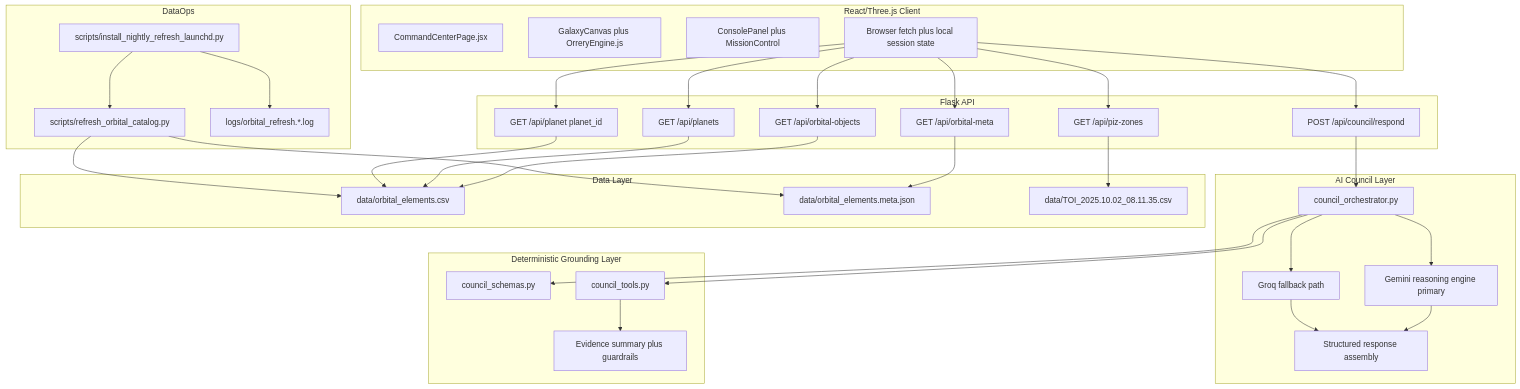
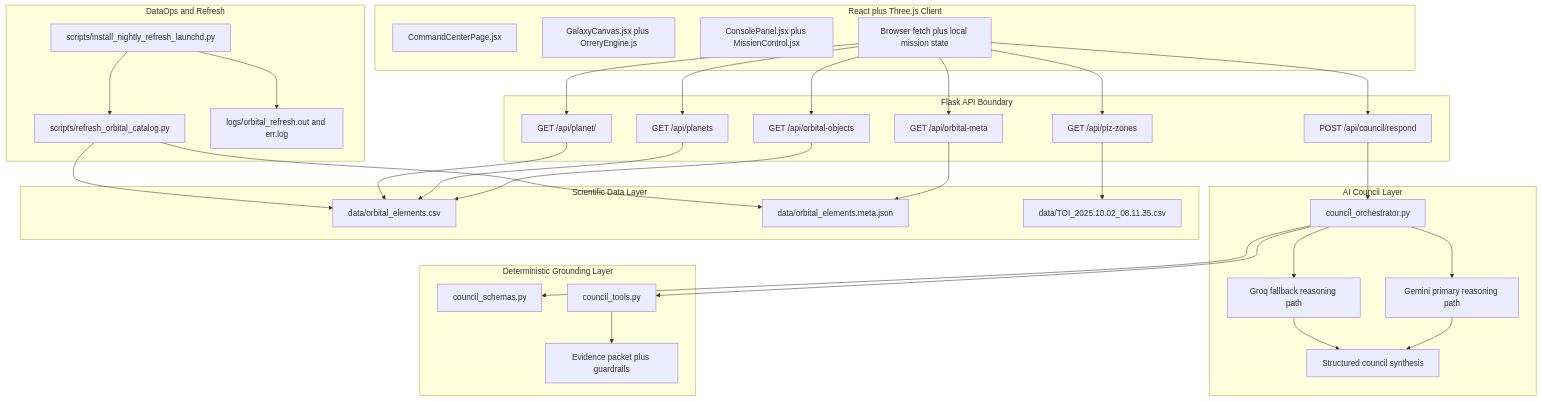
Before and after one commit to Procoderdata/hackathonvodich: the first of 2 diagrams in triet.md/filemoi.md, drawn with Mermaid. The commit also changed other lines of this file and 28 other files, not shown here.

````diff
--- a/triet.md/filemoi.md
+++ b/triet.md/filemoi.md
@@ -14,70 +28,70 @@
 ```mermaid
 flowchart TB
-    subgraph CLIENT[React/Three.js Client]
+    subgraph CLIENT[React plus Three.js Client]
       C1[CommandCenterPage.jsx]
-      C2[GalaxyCanvas plus OrreryEngine.js]
-      C3[ConsolePanel plus MissionControl]
-      C4[Browser fetch plus local session state]
+      C2[GalaxyCanvas.jsx plus OrreryEngine.js]
+      C3[ConsolePanel.jsx plus MissionControl.jsx]
+      C4[Browser fetch plus local mission state]
     end
 
-    subgraph API[Flask API]
+    subgraph API[Flask API Boundary]
       A1[POST /api/council/respond]
       A2[GET /api/orbital-objects]
       A3[GET /api/orbital-meta]
       A4[GET /api/planets]
-      A5[GET /api/planet planet_id]
+      A5[GET /api/planet/<planet_id>]
       A6[GET /api/piz-zones]
     end
 
     subgraph AI[AI Council Layer]
-      L1[council_orchestrator.py]
-      L2[Gemini reasoning engine primary]
-      L3[Groq fallback path]
-      L4[Structured response assembly]
+      I1[council_orchestrator.py]
+      I2[Gemini primary reasoning path]
+      I3[Groq fallback reasoning path]
+      I4[Structured council synthesis]
     end
 
     subgraph CORE[Deterministic Grounding Layer]
       G1[council_schemas.py]
       G2[council_tools.py]
-      G3[Evidence summary plus guardrails]
+      G3[Evidence packet plus guardrails]
     end
 
-    subgraph DATA[Data Layer]
+    subgraph DATA[Scientific Data Layer]
       D1[data/orbital_elements.csv]
       D2[data/orbital_elements.meta.json]
       D3[data/TOI_2025.10.02_08.11.35.csv]
     end
 
-    subgraph OPS[DataOps]
+    subgraph OPS[DataOps and Refresh]
       O1[scripts/refresh_orbital_catalog.py]
       O2[scripts/install_nightly_refresh_launchd.py]
-      O3[logs/orbital_refresh.*.log]
+      O3[logs/orbital_refresh.out and err.log]
     end
 
     C4 --> A1
     C4 --> A2
     C4 --> A3
     C4 --> A4
     C4 --> A5
     C4 --> A6
 
-    A1 --> L1
-    L1 --> G1
-    L1 --> G2
+    A1 --> I1
+    I1 --> G1
+    I1 --> G2
     G2 --> G3
-    L1 --> L2
-    L1 --> L3
-    L2 --> L4
-    L3 --> L4
+    I1 --> I2
+    I1 --> I3
+    I2 --> I4
+    I3 --> I4
 
     A2 --> D1
     A3 --> D2
     A4 --> D1
     A5 --> D1
     A6 --> D3
 
     O1 --> D1
     O1 --> D2
     O2 --> O1
     O2 --> O3
 ```
````
